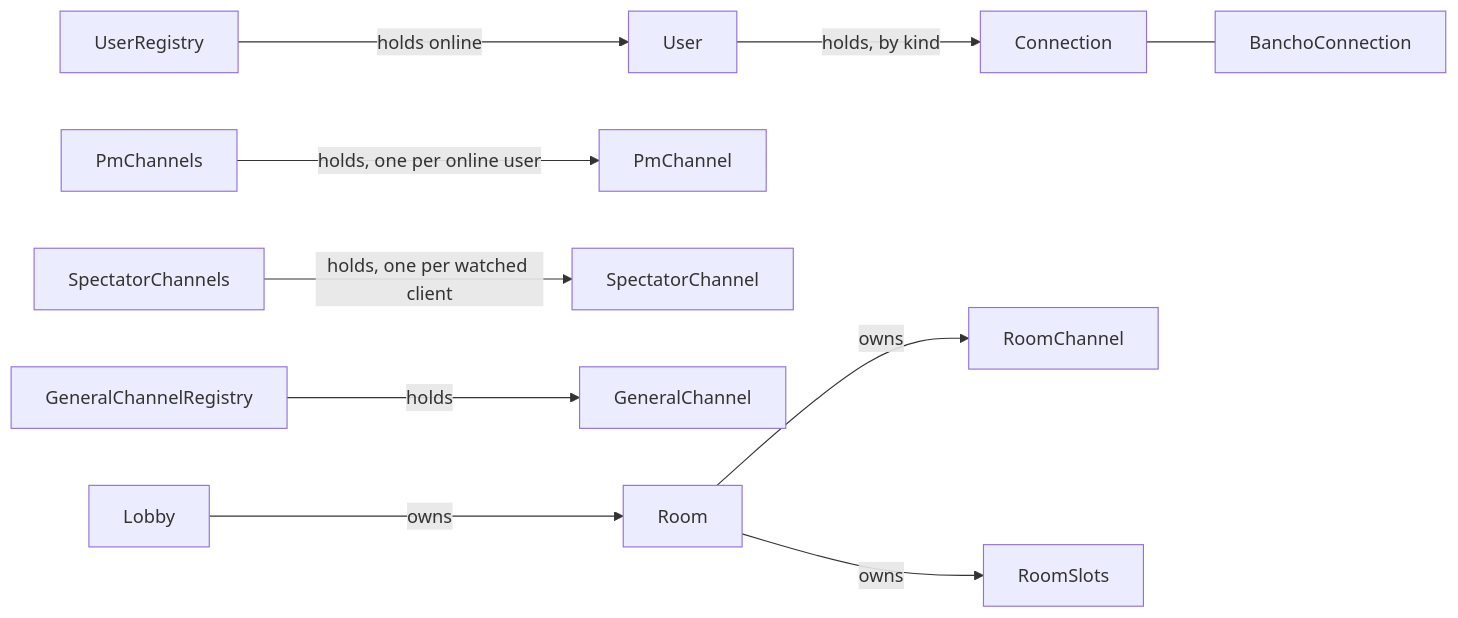
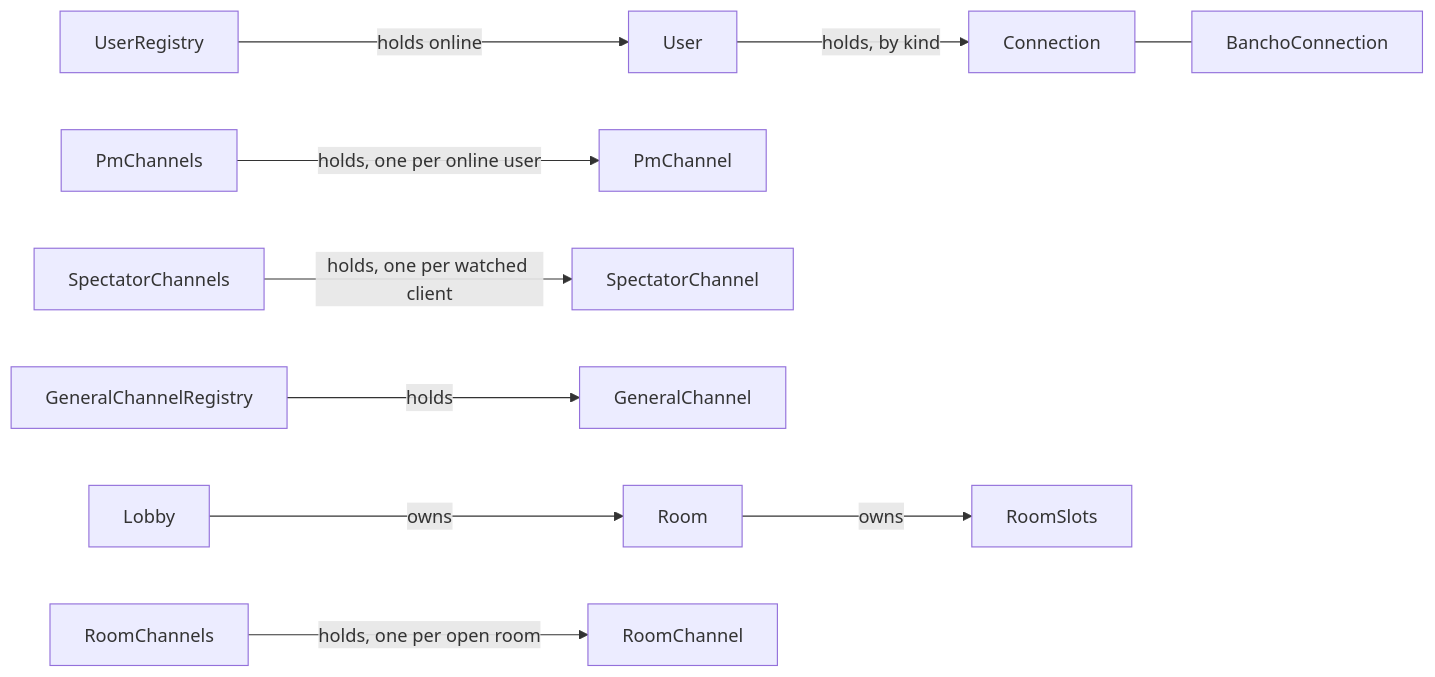
Before and after one commit to thnhmai06/osuBasil: the first of 2 diagrams in docs/for-developers/architecture.md, drawn with Mermaid. The commit also changed other lines of this file and 11 other files, not shown here.

````diff
--- a/docs/for-developers/architecture.md
+++ b/docs/for-developers/architecture.md
@@ -175,12 +175,12 @@
 ```mermaid
 flowchart LR
     UserRegistry -->|holds online| User
     PmChannels -->|holds, one per online user| PM[PmChannel]
     User -->|holds, by kind| Connection
     Connection --- Bancho[BanchoConnection]
     SpectatorChannels -->|holds, one per watched client| Spec[SpectatorChannel]
     GeneralChannelRegistry -->|holds| General[GeneralChannel]
     Lobby -->|owns| Room
-    Room -->|owns| RoomChannel[RoomChannel]
+    RoomChannels -->|holds, one per open room| RoomChannel[RoomChannel]
     Room -->|owns| RoomSlots
 ```
````
